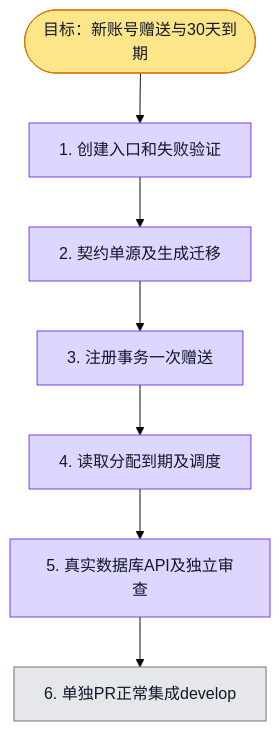
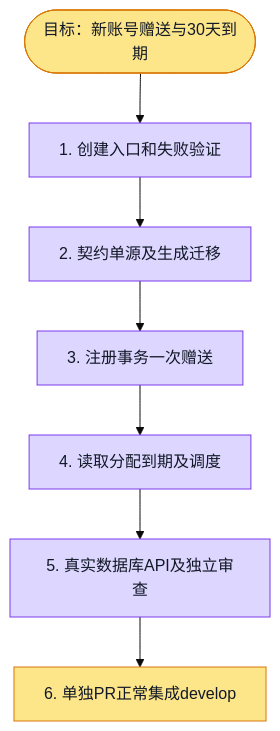
The diagram in phases/phase-21-billing-payment/design-deltas/personal-welcome-credits/execution-plan.md (boardx/workspacex), drawn with Mermaid (base theme) before and after one commit. The commit also changed 9 other files, not shown here.

````diff
--- a/phases/phase-21-billing-payment/design-deltas/personal-welcome-credits/execution-plan.md
+++ b/phases/phase-21-billing-payment/design-deltas/personal-welcome-credits/execution-plan.md
@@ -11,28 +11,28 @@
 ```mermaid
 flowchart TD
   G([目标：新账号赠送与30天到期])
   S1[1. 创建入口和失败验证]
   S2[2. 契约单源及生成迁移]
   S3[3. 注册事务一次赠送]
   S4[4. 读取分配到期及调度]
   S5[5. 真实数据库API及独立审查]
   S6[6. 单独PR正常集成develop]
   G --> S1 --> S2 --> S3 --> S4 --> S5 --> S6
   classDef todo fill:#e5e7eb,stroke:#6b7280,color:#111827
   classDef doing fill:#fde68a,stroke:#d97706,color:#111827
   classDef done fill:#bbf7d0,stroke:#16a34a,color:#111827
   classDef tested fill:#ddd6fe,stroke:#7c3aed,color:#111827
   classDef blocked fill:#fecaca,stroke:#dc2626,color:#111827
   class G doing
   class S1 tested
   %% evidence S1: tested
   class S2 tested
   %% evidence S2: tested
   class S3 tested
   %% evidence S3: tested
   class S4 tested
   %% evidence S4: tested
   class S5 tested
-  %% evidence S5: tested
-  class S6 todo
+  %% evidence S5: actual-base-provider-61 / actual-base-pg-http-58 / actual-base-migration-scope-2；source2706独立静态ACCEPT
+  class S6 doing
 ```
````
